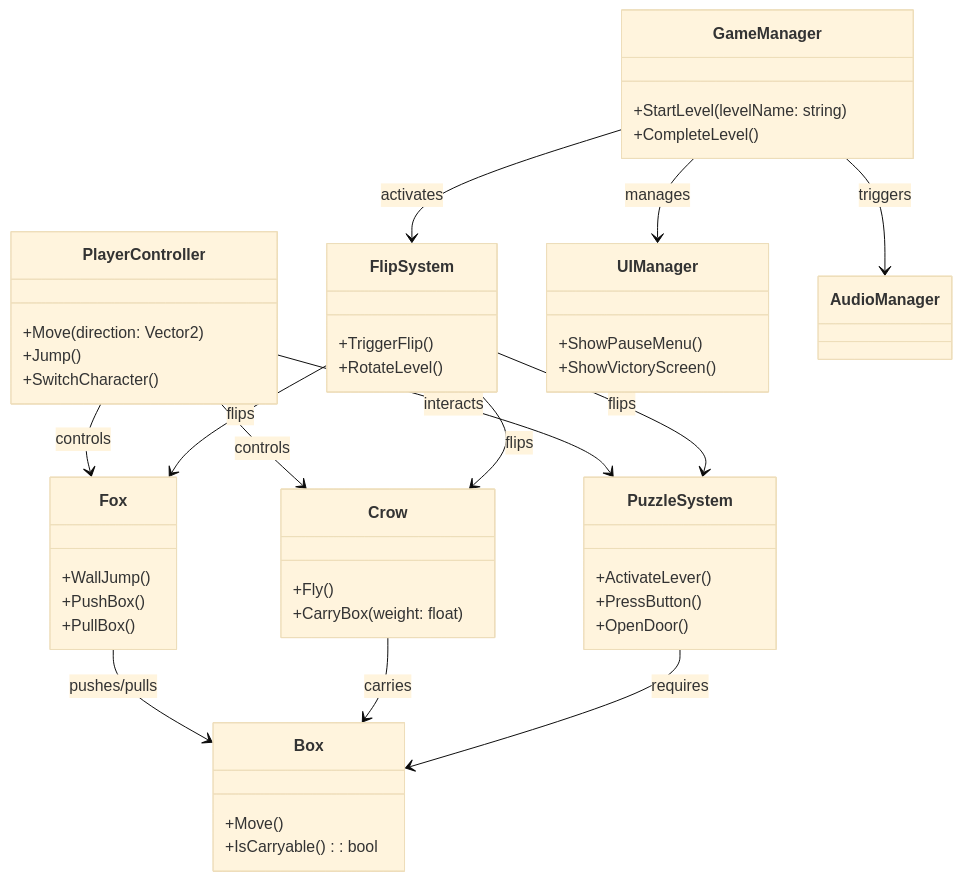
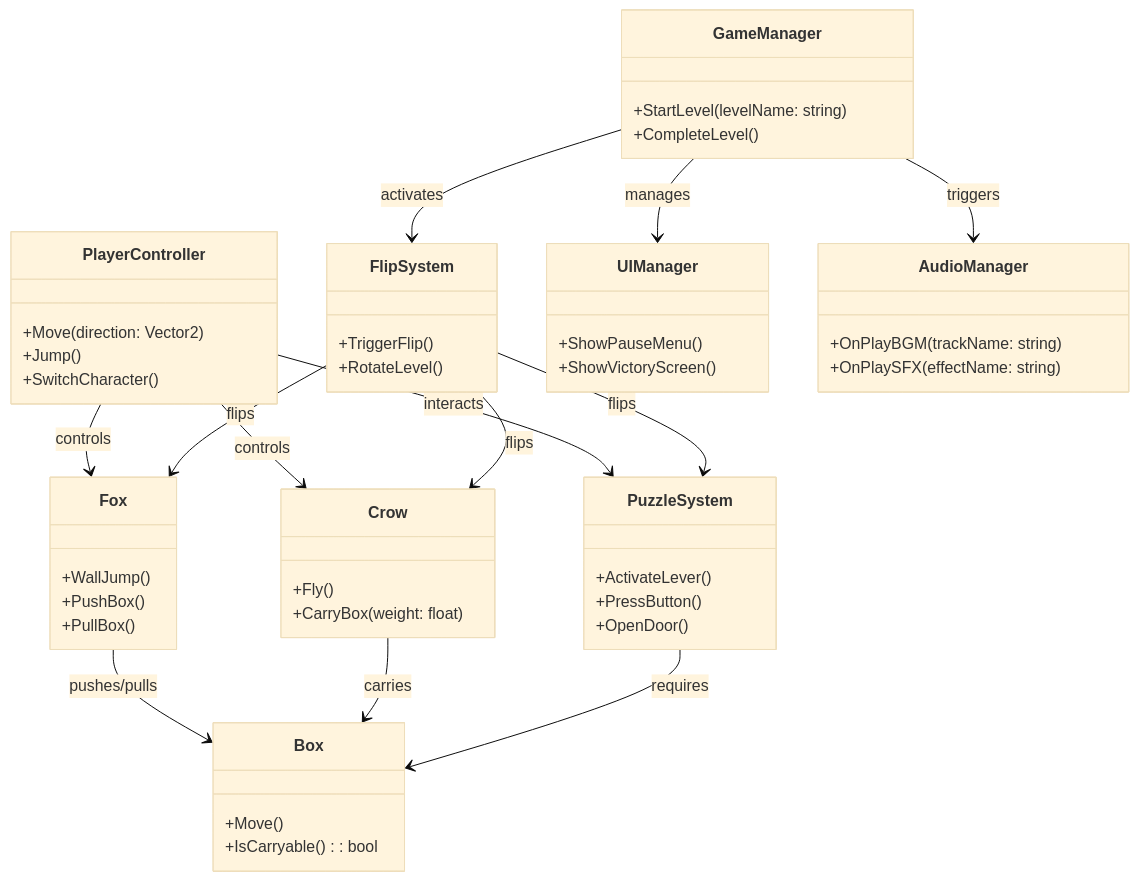
The fourth of 4 diagrams in README.md (Justsomeguy241/Out-of-the-box), drawn with Mermaid (base theme) before and after one commit.

````diff
--- a/README.md
+++ b/README.md
@@ -223,63 +223,68 @@
 ```mermaid
 classDiagram
     %% --- Core Gameplay ---
     class PlayerController {
         +Move(direction: Vector2)
         +Jump()
         +SwitchCharacter()
     }
 
     class Fox {
         +WallJump()
         +PushBox()
         +PullBox()
     }
 
     class Crow {
         +Fly()
         +CarryBox(weight: float)
     }
 
     class PuzzleSystem {
         +ActivateLever()
         +PressButton()
         +OpenDoor()
     }
 
     class Box {
         +Move()
         +IsCarryable(): bool
     }
 
     class FlipSystem {
         +TriggerFlip()
         +RotateLevel()
     }
 
     %% --- Game Flow & UI ---
     class GameManager {
         +StartLevel(levelName: string)
         +CompleteLevel()
     }
 
     class UIManager {
         +ShowPauseMenu()
         +ShowVictoryScreen()
     }
 
+    class AudioManager {
+        +OnPlayBGM(trackName: string)
+        +OnPlaySFX(effectName: string)
+    }
+
     %% --- Relations ---
     PlayerController --> Fox : controls
     PlayerController --> Crow : controls
     PlayerController --> PuzzleSystem : interacts
     Fox --> Box : pushes/pulls
     Crow --> Box : carries
     PuzzleSystem --> Box : requires
     FlipSystem --> PuzzleSystem : flips
     FlipSystem --> Fox : flips
     FlipSystem --> Crow : flips
     GameManager --> UIManager : manages
     GameManager --> AudioManager : triggers
     GameManager --> FlipSystem : activates
 
 
 ```
````
